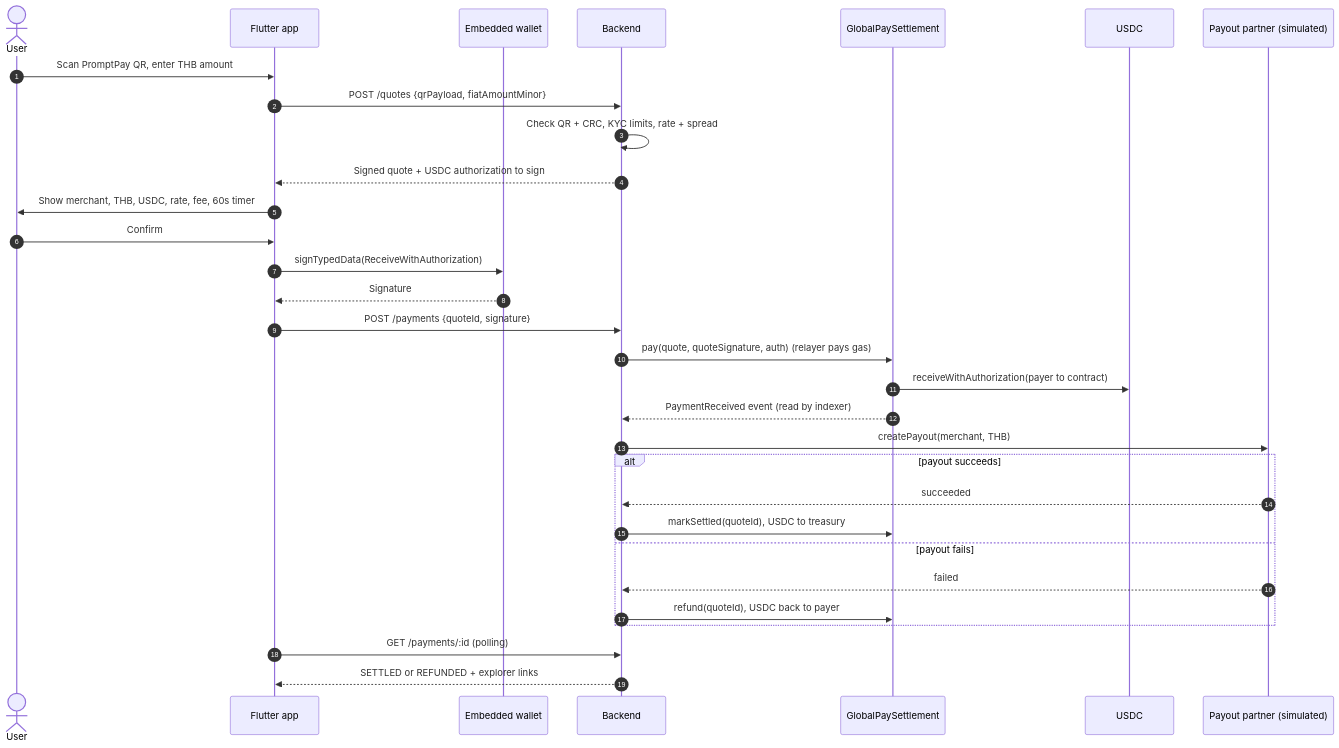
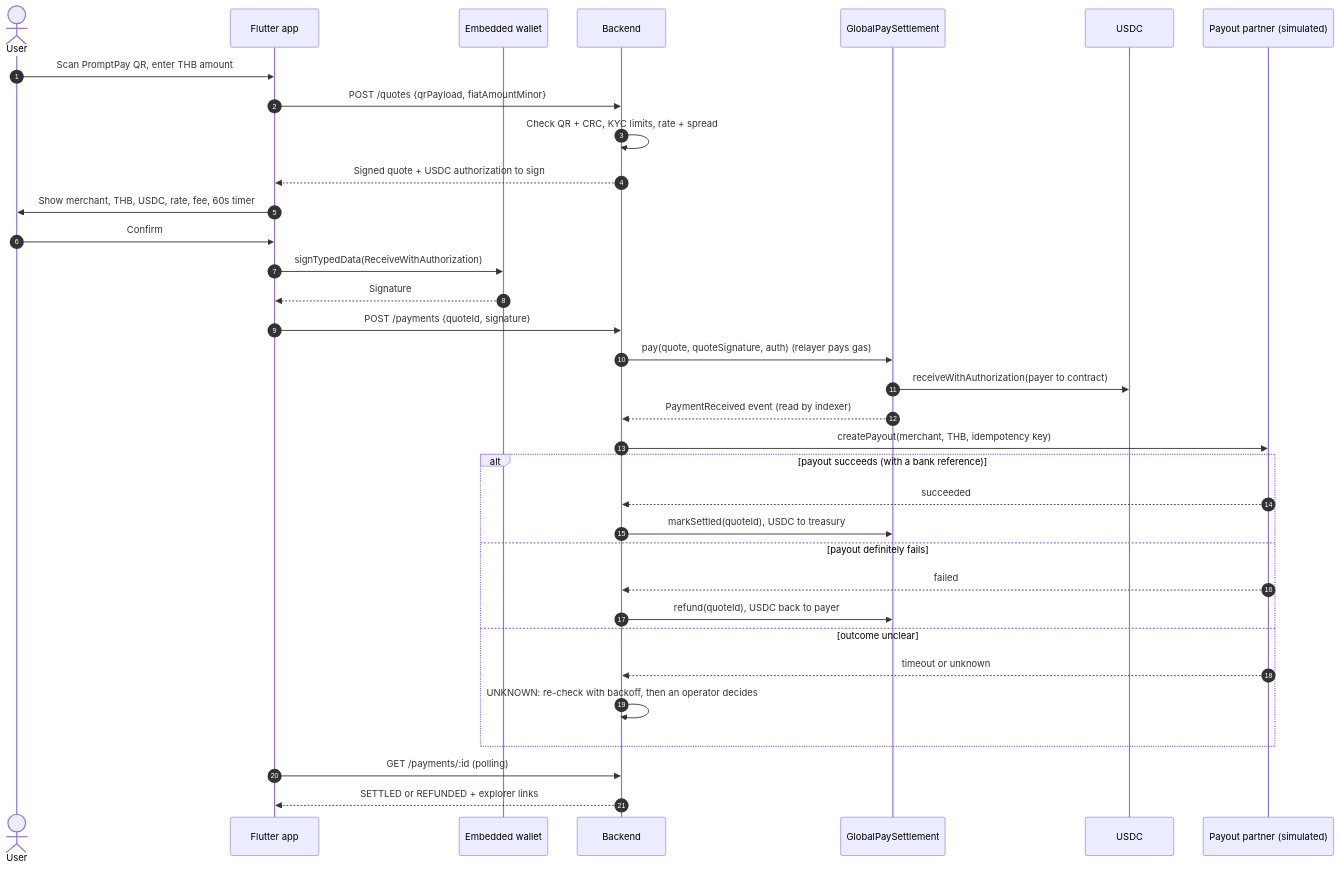
The second of 2 diagrams in docs/architecture.md (aagneye/global-pay), drawn with Mermaid before and after one commit. The commit also changed other lines of this file and 5 other files, not shown here.

````diff
--- a/docs/architecture.md
+++ b/docs/architecture.md
@@ -100,34 +100,37 @@
 ```mermaid
 sequenceDiagram
   autonumber
   actor U as User
   participant A as Flutter app
   participant W as Embedded wallet
   participant B as Backend
   participant C as GlobalPaySettlement
   participant T as USDC
   participant X as Payout partner (simulated)
 
   U->>A: Scan PromptPay QR, enter THB amount
   A->>B: POST /quotes {qrPayload, fiatAmountMinor}
   B->>B: Check QR + CRC, KYC limits, rate + spread
   B-->>A: Signed quote + USDC authorization to sign
   A->>U: Show merchant, THB, USDC, rate, fee, 60s timer
   U->>A: Confirm
   A->>W: signTypedData(ReceiveWithAuthorization)
   W-->>A: Signature
   A->>B: POST /payments {quoteId, signature}
   B->>C: pay(quote, quoteSignature, auth) (relayer pays gas)
   C->>T: receiveWithAuthorization(payer to contract)
   C-->>B: PaymentReceived event (read by indexer)
-  B->>X: createPayout(merchant, THB)
-  alt payout succeeds
+  B->>X: createPayout(merchant, THB, idempotency key)
+  alt payout succeeds (with a bank reference)
     X-->>B: succeeded
     B->>C: markSettled(quoteId), USDC to treasury
-  else payout fails
+  else payout definitely fails
     X-->>B: failed
     B->>C: refund(quoteId), USDC back to payer
+  else outcome unclear
+    X-->>B: timeout or unknown
+    B->>B: UNKNOWN: re-check with backoff, then an operator decides
   end
   A->>B: GET /payments/:id (polling)
   B-->>A: SETTLED or REFUNDED + explorer links
 ```
````
